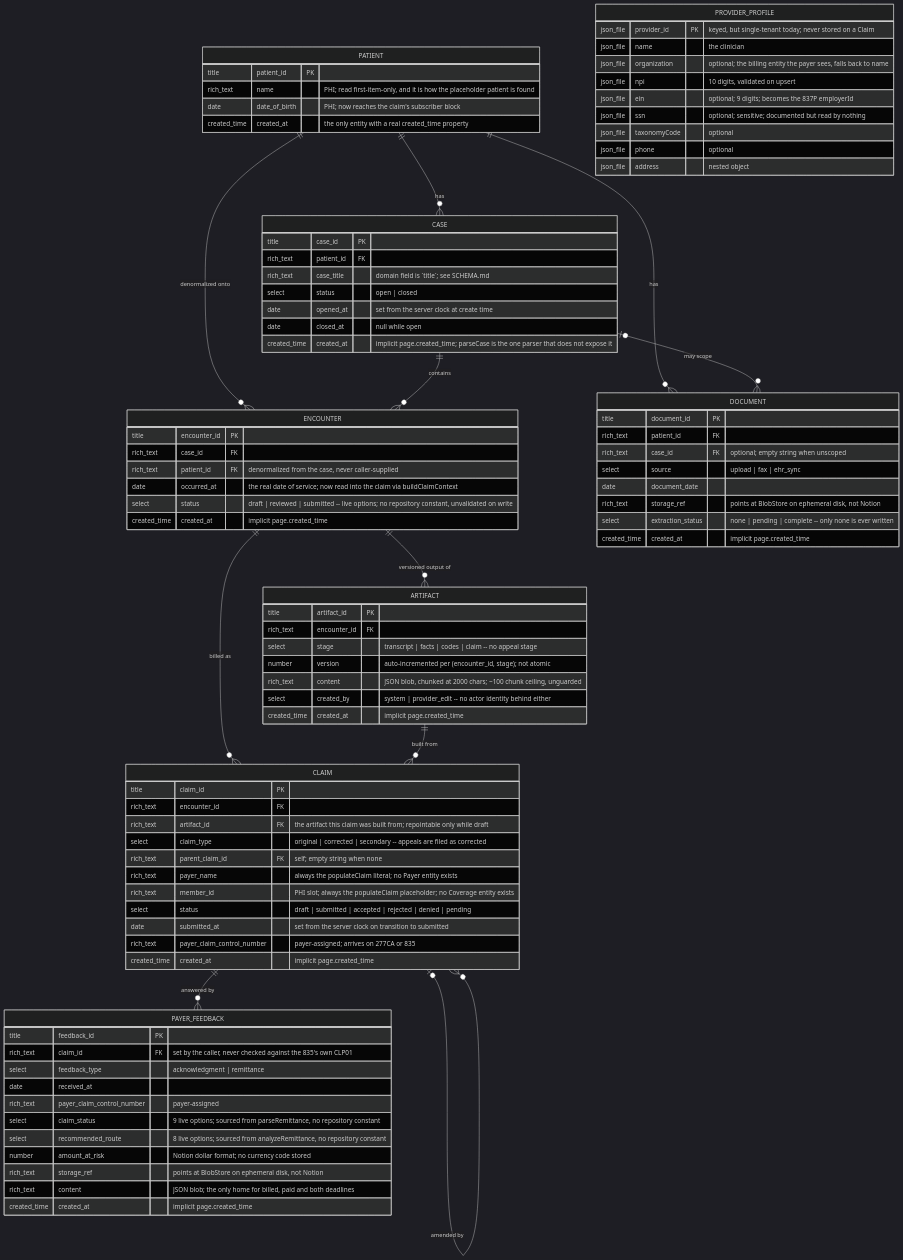
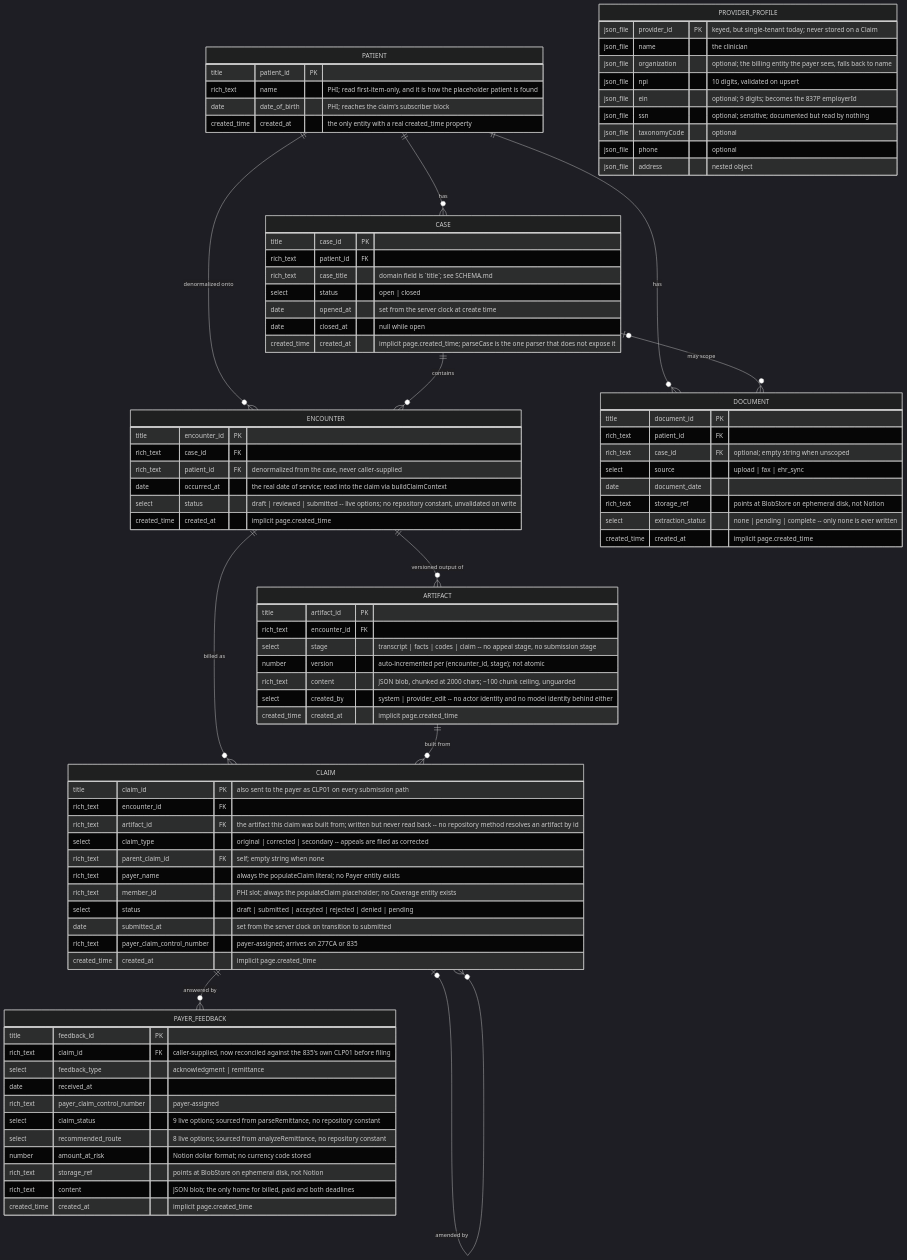
Before and after one commit to Ruby-CO/Ruby-Health: the diagram in docs/data/schema.mermaid, drawn with Mermaid (dark theme). The commit also changed 1 other file, not shown here.

First paragraph of the commit message:
Refresh the data-model audit against 3e3fa3e
Asked for as a check that the agent's output is clean. It is, and the run
turned up enough to be worth keeping rather than throwing away.

```diff
--- a/docs/data/schema.mermaid
+++ b/docs/data/schema.mermaid
@@ -1,123 +1,129 @@
 erDiagram
 
     %% Ruby Health -- data model ERD
     %% Generated by the `data-model` agent (.claude/agents/data-model.md).
     %% Regenerated on each run; do not hand-edit -- edit the source and re-run.
     %% Source: backend/src/repository/NotionRepository.js (parse*/create* pairs)
-    %% Commit: 01da664
+    %% Commit: 3e3fa3e
     %% Verified against the live Notion databases under the "Ruby App Data
-    %%         (Chunk 1 -- synthetic only)" page on 2026-09-13. Property names,
-    %%         types and select option lists below are the live schema.
+    %%         (Chunk 1 -- synthetic only)" page on 2026-09-19. Property names,
+    %%         types and select option lists below are the live schema, and
+    %%         they are unchanged since the 2026-09-13 run.
     %% Store:  Notion databases, one per entity. Types below are Notion property
     %%         types, not SQL types. `title` is the Notion title property.
     %% Note:   every FK is soft -- plain rich_text, not a Notion relation. Nothing
     %%         enforces that a referenced row exists or still exists.
     %% Note:   `created_at` is a real created_time property on Patients only.
     %%         Every other entity has no such property; parse* falls back to the
     %%         Notion page's own created_time, so it is shown as implicit.
 
     PATIENT ||--o{ CASE : "has"
     PATIENT ||--o{ ENCOUNTER : "denormalized onto"
     PATIENT ||--o{ DOCUMENT : "has"
     CASE ||--o{ ENCOUNTER : "contains"
     CASE |o--o{ DOCUMENT : "may scope"
     ENCOUNTER ||--o{ ARTIFACT : "versioned output of"
     ENCOUNTER ||--o{ CLAIM : "billed as"
     ARTIFACT ||--o{ CLAIM : "built from"
     CLAIM |o--o{ CLAIM : "amended by"
     CLAIM ||--o{ PAYER_FEEDBACK : "answered by"
 
     PATIENT {
         title patient_id PK
         rich_text name "PHI; read first-item-only, and it is how the placeholder patient is found"
-        date date_of_birth "PHI; now reaches the claim's subscriber block"
+        date date_of_birth "PHI; reaches the claim's subscriber block"
         created_time created_at "the only entity with a real created_time property"
     }
 
     CASE {
         title case_id PK
         rich_text patient_id FK
         rich_text case_title "domain field is `title`; see SCHEMA.md"
         select status "open | closed"
         date opened_at "set from the server clock at create time"
         date closed_at "null while open"
         created_time created_at "implicit page.created_time; parseCase is the one parser that does not expose it"
     }
 
     ENCOUNTER {
         title encounter_id PK
         rich_text case_id FK
         rich_text patient_id FK "denormalized from the case, never caller-supplied"
-        date occurred_at "the real date of service; now read into the claim via buildClaimContext"
+        date occurred_at "the real date of service; read into the claim via buildClaimContext"
         select status "draft | reviewed | submitted -- live options; no repository constant, unvalidated on write"
         created_time created_at "implicit page.created_time"
     }
 
     ARTIFACT {
         title artifact_id PK
         rich_text encounter_id FK
-        select stage "transcript | facts | codes | claim -- no appeal stage"
+        select stage "transcript | facts | codes | claim -- no appeal stage, no submission stage"
         number version "auto-incremented per (encounter_id, stage); not atomic"
         rich_text content "JSON blob, chunked at 2000 chars; ~100 chunk ceiling, unguarded"
-        select created_by "system | provider_edit -- no actor identity behind either"
+        select created_by "system | provider_edit -- no actor identity and no model identity behind either"
         created_time created_at "implicit page.created_time"
     }
 
     CLAIM {
-        title claim_id PK
+        title claim_id PK "also sent to the payer as CLP01 on every submission path"
         rich_text encounter_id FK
-        rich_text artifact_id FK "the artifact this claim was built from; repointable only while draft"
+        rich_text artifact_id FK "the artifact this claim was built from; written but never read back -- no repository method resolves an artifact by id"
         select claim_type "original | corrected | secondary -- appeals are filed as corrected"
         rich_text parent_claim_id FK "self; empty string when none"
         rich_text payer_name "always the populateClaim literal; no Payer entity exists"
         rich_text member_id "PHI slot; always the populateClaim placeholder; no Coverage entity exists"
         select status "draft | submitted | accepted | rejected | denied | pending"
         date submitted_at "set from the server clock on transition to submitted"
         rich_text payer_claim_control_number "payer-assigned; arrives on 277CA or 835"
         created_time created_at "implicit page.created_time"
     }
 
     PAYER_FEEDBACK {
         title feedback_id PK
-        rich_text claim_id FK "set by the caller, never checked against the 835's own CLP01"
+        rich_text claim_id FK "caller-supplied, now reconciled against the 835's own CLP01 before filing"
         select feedback_type "acknowledgment | remittance"
         date received_at
         rich_text payer_claim_control_number "payer-assigned"
         select claim_status "9 live options; sourced from parseRemittance, no repository constant"
         select recommended_route "8 live options; sourced from analyzeRemittance, no repository constant"
         number amount_at_risk "Notion dollar format; no currency code stored"
         rich_text storage_ref "points at BlobStore on ephemeral disk, not Notion"
         rich_text content "JSON blob; the only home for billed, paid and both deadlines"
         created_time created_at "implicit page.created_time"
     }
 
     DOCUMENT {
         title document_id PK
         rich_text patient_id FK
         rich_text case_id FK "optional; empty string when unscoped"
         select source "upload | fax | ehr_sync"
         date document_date
         rich_text storage_ref "points at BlobStore on ephemeral disk, not Notion"
         select extraction_status "none | pending | complete -- only none is ever written"
         created_time created_at "implicit page.created_time"
     }
 
     %% Not in the repository and not in Notion: a JSON file on ephemeral disk
     %% (backend/src/providerProfiles.js). Every claim carries this data, but
     %% no Claim row references a provider, so it has no edge on this diagram.
     PROVIDER_PROFILE {
         json_file provider_id PK "keyed, but single-tenant today; never stored on a Claim"
         json_file name "the clinician"
         json_file organization "optional; the billing entity the payer sees, falls back to name"
         json_file npi "10 digits, validated on upsert"
         json_file ein "optional; 9 digits; becomes the 837P employerId"
         json_file ssn "optional; sensitive; documented but read by nothing"
         json_file taxonomyCode "optional"
         json_file phone "optional"
         json_file address "nested object"
     }
 
     %% Not modelled anywhere at all, and asserted on every outgoing claim:
     %% the subscriber's sex, member ID and address, the payer's name and id,
     %% and the billed charge amount (a flat 100.00 per service line invented
     %% in buildStediClaim.js). None of these has a row, a column or a file.
+
+    %% Computed by the pipeline and stored nowhere: the whole appeal draft
+    %% except its letter body (draftAppeal.js -- denialAssessment,
+    %% worthAppealing, recommendedAction, supportingQuotes, quoteGrounding,
+    %% suggestedCodeChanges), and the exact 837P payload that was transmitted.
```
